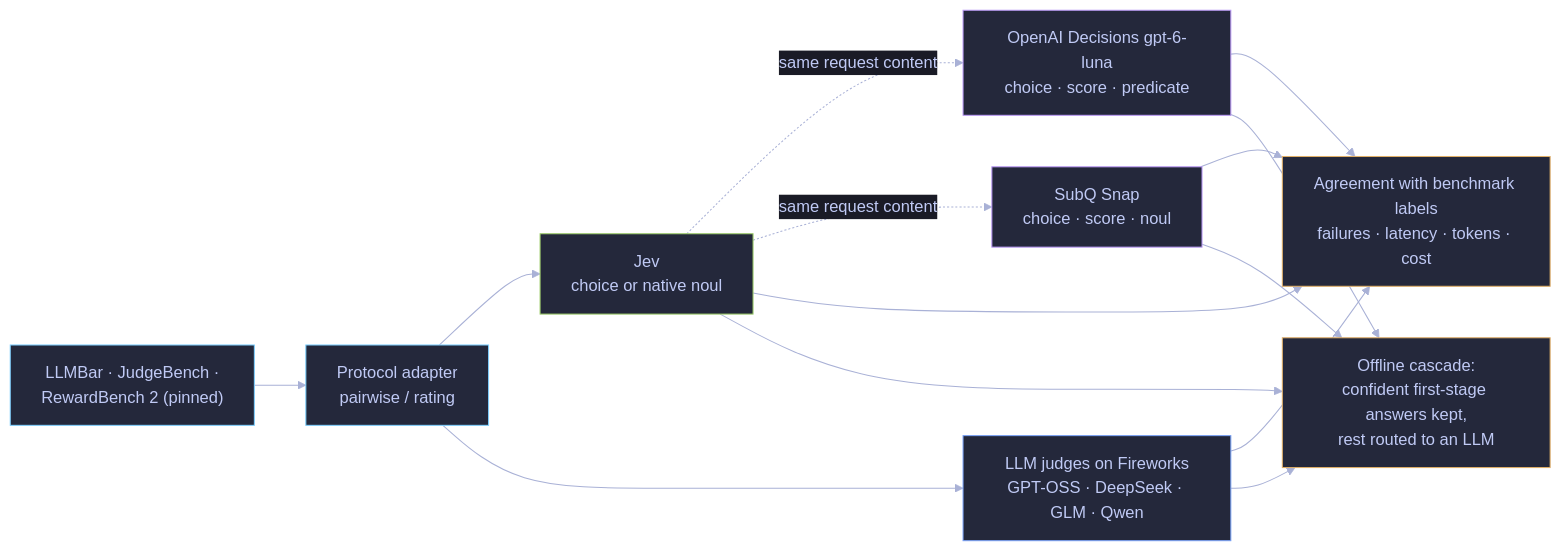
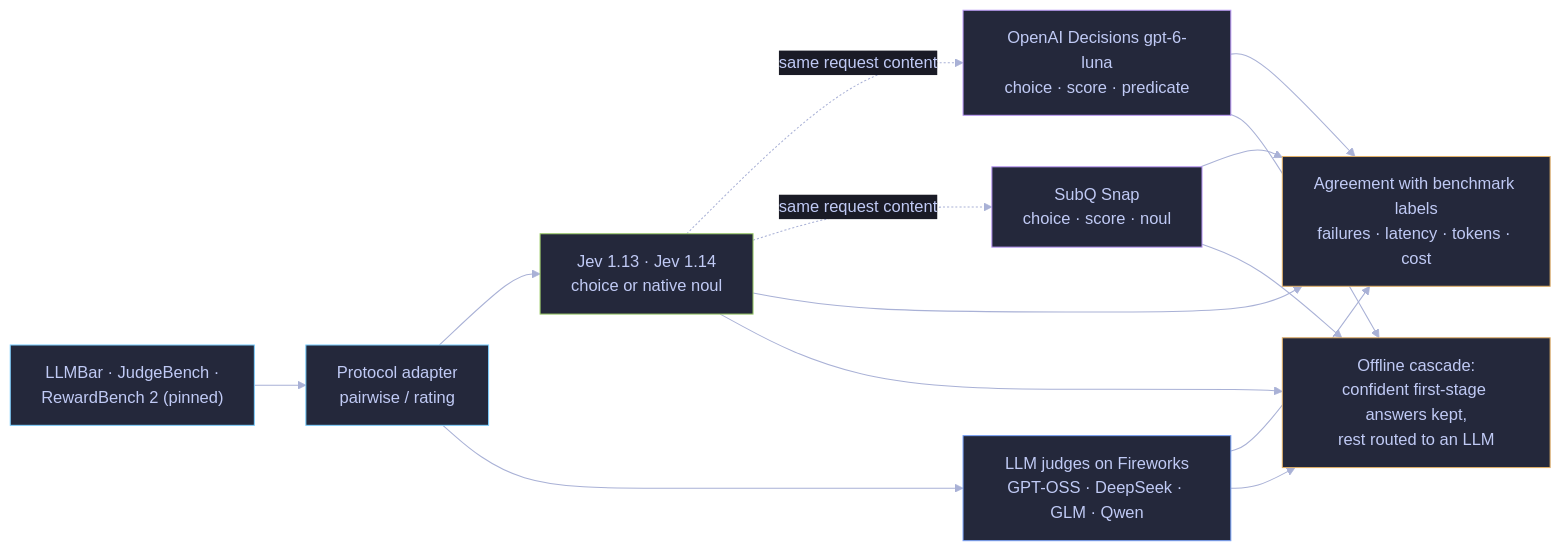
One commit to dorkitude/decision-model-testing changed the first of 2 diagrams in experiments/jev-vs-LLM-for-evals/README.md. Above: the diagram before and after it, drawn with Mermaid. The commit also changed other lines of this file and 43 other files, not shown here.

````diff
--- a/experiments/jev-vs-LLM-for-evals/README.md
+++ b/experiments/jev-vs-LLM-for-evals/README.md
@@ -21,27 +21,27 @@
 ```mermaid
 %%{init: {"theme": "base", "themeVariables": {"background": "#1a1b26", "primaryColor": "#24283b", "primaryTextColor": "#c0caf5", "textColor": "#c0caf5", "primaryBorderColor": "#7aa2f7", "lineColor": "#a9b1d6", "edgeLabelBackground": "#1a1b26"}}}%%
 flowchart LR
     D["LLMBar · JudgeBench ·<br/>RewardBench 2 (pinned)"] --> P["Protocol adapter<br/>pairwise / rating"]
-    P --> J["Jev<br/>choice or native noul"]
+    P --> J["Jev 1.13 · Jev 1.14<br/>choice or native noul"]
     P --> L["LLM judges on Fireworks<br/>GPT-OSS · DeepSeek · GLM · Qwen"]
     J -. "same request content" .-> O["OpenAI Decisions gpt-6-luna<br/>choice · score · predicate"]
     J -. "same request content" .-> S["SubQ Snap<br/>choice · score · noul"]
     J --> M["Agreement with benchmark labels<br/>failures · latency · tokens · cost"]
     L --> M
     O --> M
     S --> M
     J --> R["Offline cascade:<br/>confident first-stage answers kept,<br/>rest routed to an LLM"]
     O --> R
     S --> R
     L --> R
     classDef shared fill:#24283b,stroke:#7dcfff,color:#c0caf5;
     classDef baseline fill:#24283b,stroke:#7aa2f7,color:#c0caf5;
     classDef jev fill:#24283b,stroke:#9ece6a,color:#c0caf5;
     classDef decisions fill:#24283b,stroke:#bb9af7,color:#c0caf5;
     classDef score fill:#24283b,stroke:#e0af68,color:#c0caf5;
     class D,P shared;
     class L baseline;
     class J jev;
     class O,S decisions;
     class M,R score;
 ```
````
